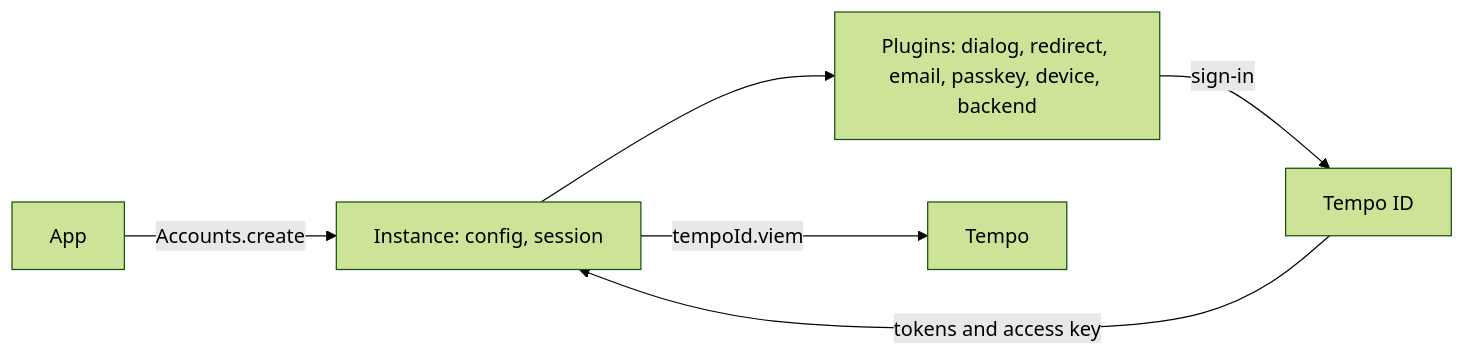
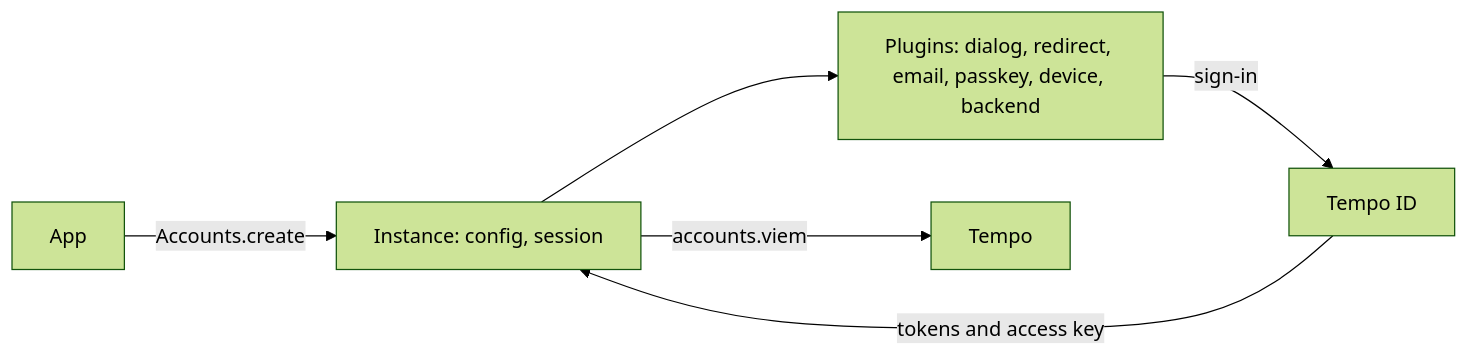
The diagram in docs/README.md (tempoxyz/accounts), drawn with Mermaid (forest theme) before and after one commit. The commit also changed other lines of this file and 40 other files, not shown here.

````diff
--- a/docs/README.md
+++ b/docs/README.md
@@ -5,8 +5,8 @@
 ```mermaid
 flowchart LR
   App[App] -->|Accounts.create| Instance[Instance: config, session]
   Instance --> Plugins[Plugins: dialog, redirect, email, passkey, device, backend]
   Plugins -->|sign-in| ID[Tempo ID]
   ID -->|tokens and access key| Instance
-  Instance -->|tempoId.viem| Chain[Tempo]
+  Instance -->|accounts.viem| Chain[Tempo]
 ```
````
